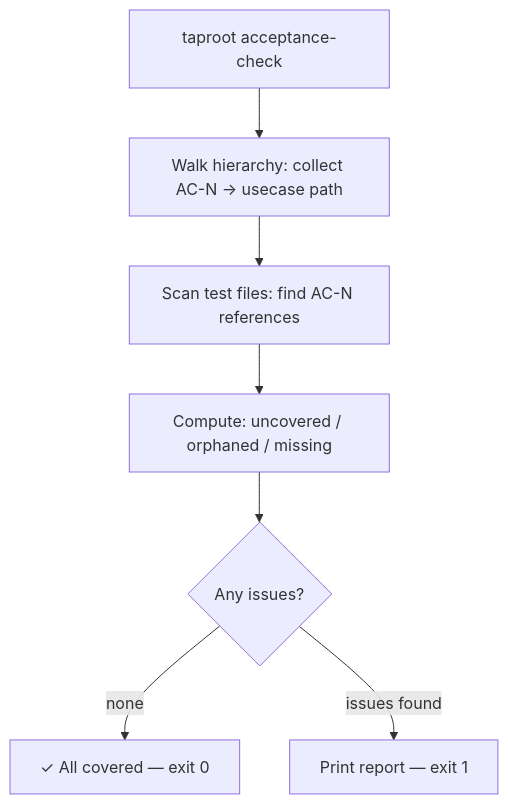
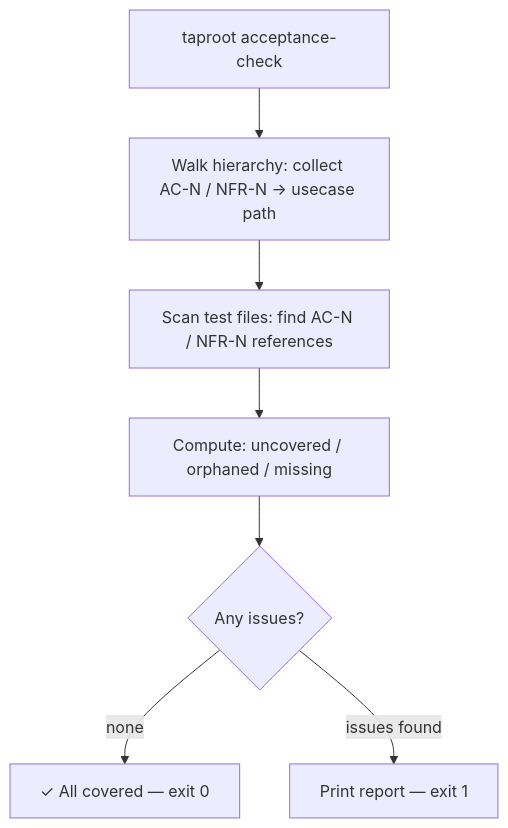
One commit to imix/taproot changed the diagram in taproot/acceptance-criteria/verify-coverage/usecase.md. Above: the diagram before and after it, drawn with Mermaid. The commit also changed other lines of this file and 6 other files, not shown here.

Commit message:
taproot(acceptance-criteria/quality-gates): spec NFR AC format, measurability gate, and coverage extension

````diff
--- a/taproot/acceptance-criteria/verify-coverage/usecase.md
+++ b/taproot/acceptance-criteria/verify-coverage/usecase.md
@@ -74,9 +75,9 @@
 ```mermaid
 flowchart TD
-    A[taproot acceptance-check] --> B[Walk hierarchy: collect AC-N → usecase path]
-    B --> C[Scan test files: find AC-N references]
+    A[taproot acceptance-check] --> B[Walk hierarchy: collect AC-N / NFR-N → usecase path]
+    B --> C[Scan test files: find AC-N / NFR-N references]
     C --> D[Compute: uncovered / orphaned / missing]
     D --> E{Any issues?}
     E -- none --> F[✓ All covered — exit 0]
     E -- issues found --> G[Print report — exit 1]
 ```
````
